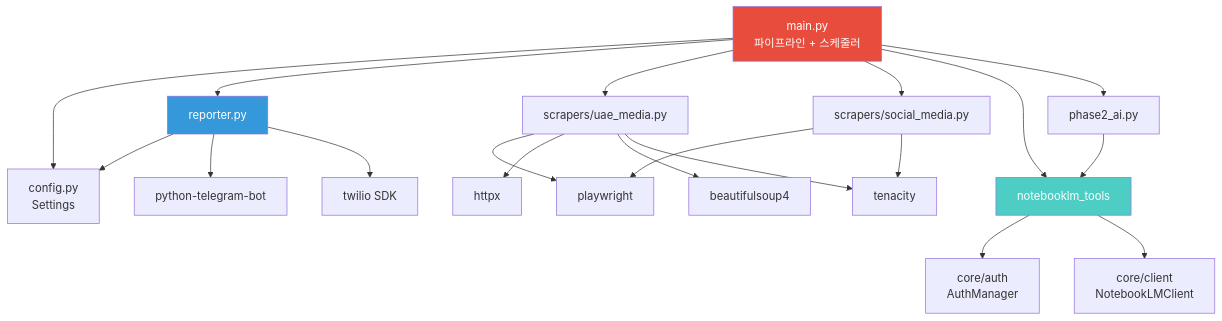
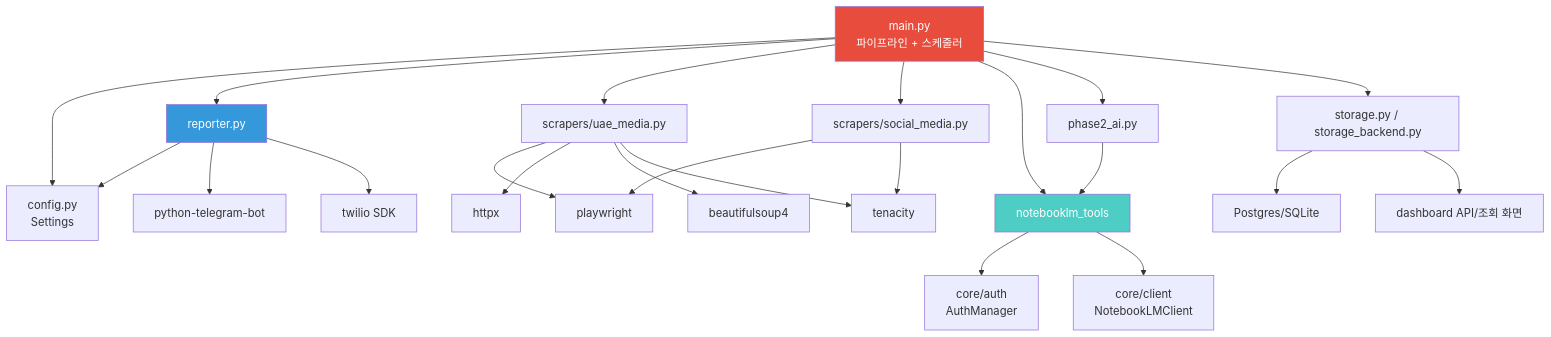
The third of 7 diagrams in docs/ARCHITECTURE.md (macho715/iran-war-notelm), drawn with Mermaid before and after one commit. The commit also changed other lines of this file and 3 other files, not shown here.

Commit message:
docs: sync changelog, readme, architecture, layout for v2.0 operations

````diff
--- a/docs/ARCHITECTURE.md
+++ b/docs/ARCHITECTURE.md
@@ -89,32 +102,36 @@
 ```mermaid
 graph TD
     MAIN["main.py\n파이프라인 + 스케줄러"]
 
     MAIN --> CONFIG["config.py\nSettings"]
     MAIN --> REP["reporter.py"]
     MAIN --> UAE["scrapers/uae_media.py"]
     MAIN --> SM["scrapers/social_media.py"]
     MAIN --> NLMT["notebooklm_tools"]
     MAIN --> P2AI["phase2_ai.py"]
 
     REP --> CONFIG
+    MAIN --> STORAGE["storage.py / storage_backend.py"]
+    STORAGE --> DB["Postgres/SQLite"]
+
     REP --> TGSDK["python-telegram-bot"]
     REP --> TWSDK["twilio SDK"]
 
     UAE --> PW["playwright"]
     UAE --> HX["httpx"]
     UAE --> BS["beautifulsoup4"]
     UAE --> TEN["tenacity"]
 
     SM --> PW
     SM --> TEN
 
     NLMT --> AUTH["core/auth\nAuthManager"]
     NLMT --> CLI["core/client\nNotebookLMClient"]
+    STORAGE --> DASHUI["dashboard API/조회 화면"]
 
     P2AI --> NLMT
 
     style MAIN fill:#e74c3c,color:#fff
     style REP fill:#3498db,color:#fff
     style NLMT fill:#4ecdc4,color:#fff
 ```
````
